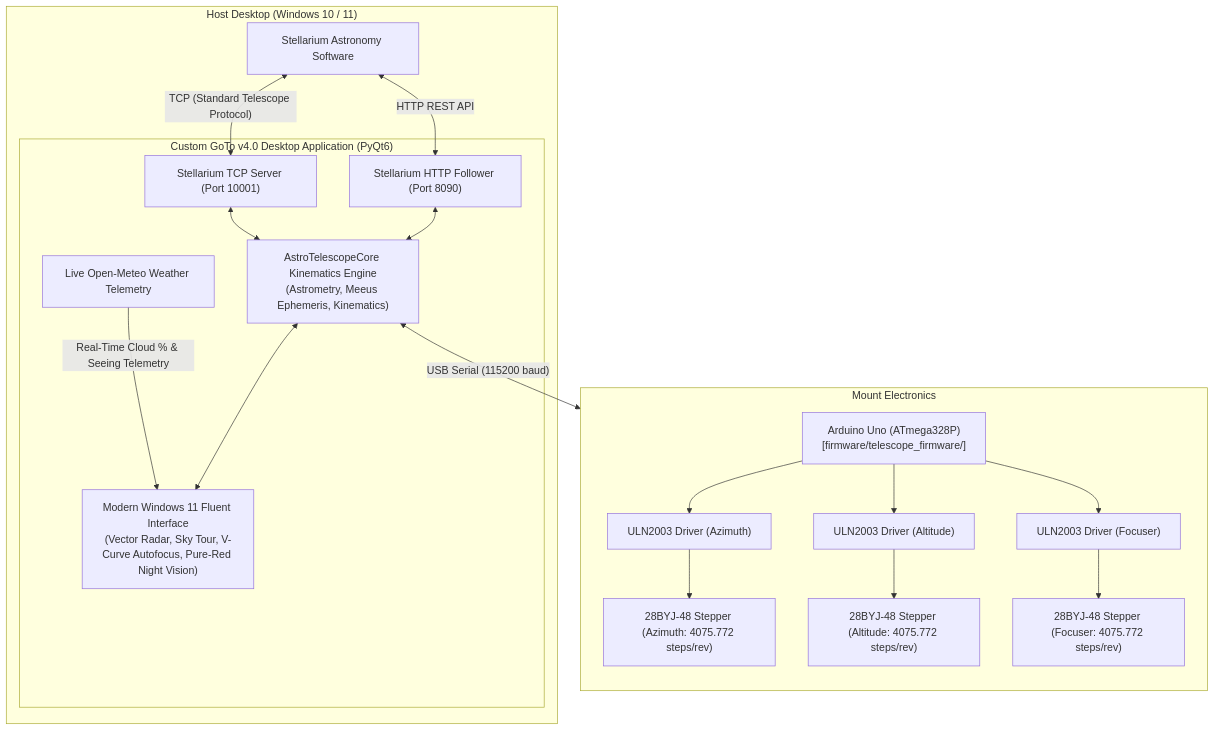
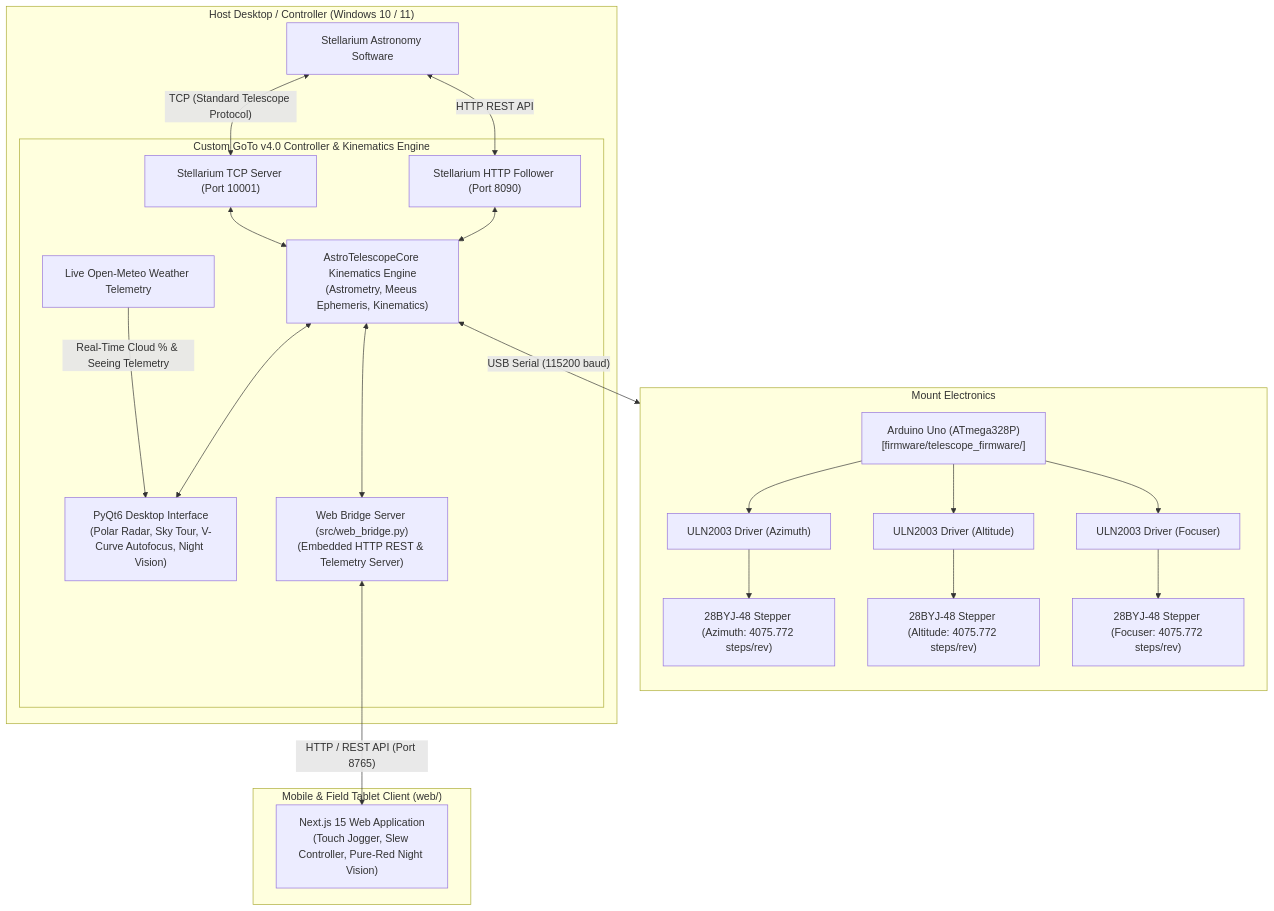
One commit to Hitesh070/Custom-GoTo-Telescope changed the diagram in README.md. Above: the diagram before and after it, drawn with Mermaid. The commit also changed other lines of this file, not shown here.

````diff
--- a/README.md
+++ b/README.md
@@ -22,35 +44,42 @@
 ```mermaid
 flowchart TD
-    subgraph PC["Host Desktop (Windows 10 / 11)"]
+    subgraph PC["Host Desktop / Controller (Windows 10 / 11)"]
         S["Stellarium Astronomy Software"]
-        subgraph BridgeApp["Custom GoTo v4.0 Desktop Application (PyQt6)"]
+        subgraph BridgeApp["Custom GoTo v4.0 Controller & Kinematics Engine"]
             ST_SRV["Stellarium TCP Server (Port 10001)"]
             HTTP_CLI["Stellarium HTTP Follower (Port 8090)"]
             WX_SVC["Live Open-Meteo Weather Telemetry"]
             CORE["AstroTelescopeCore Kinematics Engine\n(Astrometry, Meeus Ephemeris, Kinematics)"]
-            GUI["Modern Windows 11 Fluent Interface\n(Vector Radar, Sky Tour, V-Curve Autofocus, Pure-Red Night Vision)"]
+            GUI["PyQt6 Desktop Interface\n(Polar Radar, Sky Tour, V-Curve Autofocus, Night Vision)"]
+            WEB_BRIDGE["Web Bridge Server (src/web_bridge.py)\n(Embedded HTTP REST & Telemetry Server)"]
         end
+    end
+
+    subgraph WebClient["Mobile & Field Tablet Client (web/)"]
+        NEXT["Next.js 15 Web Application\n(Touch Jogger, Slew Controller, Pure-Red Night Vision)"]
     end
 
     subgraph Hardware["Mount Electronics"]
         direction TB
         UNO["Arduino Uno (ATmega328P)\n[firmware/telescope_firmware/]"]
         ULN_AZ["ULN2003 Driver (Azimuth)"]
         ULN_ALT["ULN2003 Driver (Altitude)"]
         ULN_FOC["ULN2003 Driver (Focuser)"]
         M_AZ["28BYJ-48 Stepper (Azimuth: 4075.772 steps/rev)"]
         M_ALT["28BYJ-48 Stepper (Altitude: 4075.772 steps/rev)"]
         M_FOC["28BYJ-48 Stepper (Focuser: 4075.772 steps/rev)"]
     end
 
     S <-->|"TCP (Standard Telescope Protocol)"| ST_SRV
     S <-->|"HTTP REST API"| HTTP_CLI
     WX_SVC -->|"Real-Time Cloud % & Seeing Telemetry"| GUI
     ST_SRV <--> CORE
     HTTP_CLI <--> CORE
     CORE <--> GUI
+    CORE <--> WEB_BRIDGE
+    WEB_BRIDGE <-->|"HTTP / REST API (Port 8765)"| NEXT
     CORE <-->|"USB Serial (115200 baud)"| UNO
     UNO --> ULN_AZ --> M_AZ
     UNO --> ULN_ALT --> M_ALT
     UNO --> ULN_FOC --> M_FOC
 ```
````
